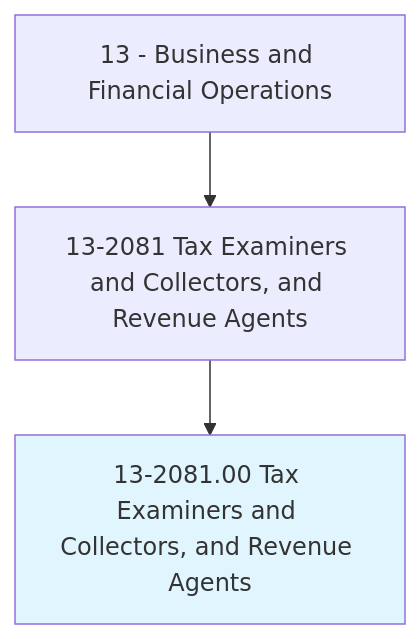
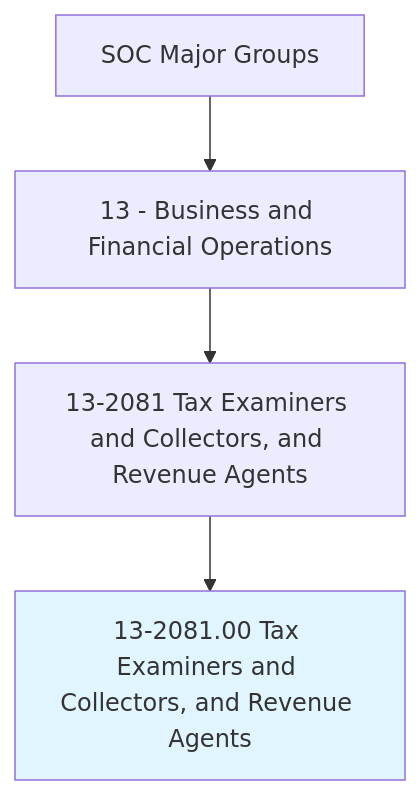
The first of 4 diagrams in occupations/Business/TaxExaminersAndCollectorsAndRevenueAgents.mdx (kziemski/business.org.ai), drawn with Mermaid before and after one commit. The commit also changed other lines of this file and 938 other files, not shown here.

````diff
--- a/occupations/Business/TaxExaminersAndCollectorsAndRevenueAgents.mdx
+++ b/occupations/Business/TaxExaminersAndCollectorsAndRevenueAgents.mdx
@@ -19,6 +25,7 @@
 ```mermaid
 graph TD
-    Cat13["13 - Business and Financial Operations"] --> Group132081["13-2081 Tax Examiners and Collectors, and Revenue Agents"]
-    Group132081 --> Current["13-2081.00 Tax Examiners and Collectors, and Revenue Agents"]
+    SOC["SOC Major Groups"] --> Cat13["13 - Business and Financial Operations"]
+    Cat13 --> G132081["13-2081 Tax Examiners and Collectors, and Revenue Agents"]
+    G132081 --> Current["13-2081.00 Tax Examiners and Collectors, and Revenue Agents"]
     style Current fill:#e1f5fe
 ```
````
